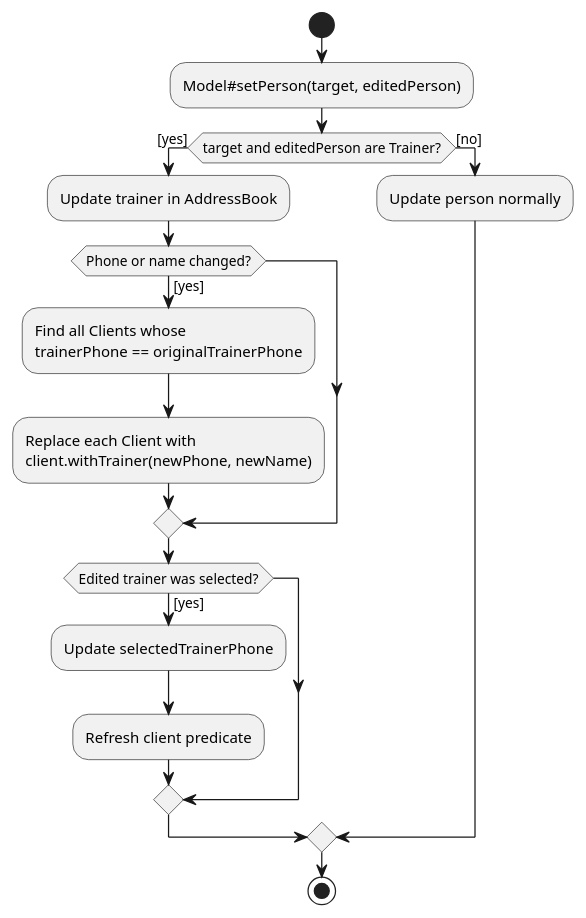
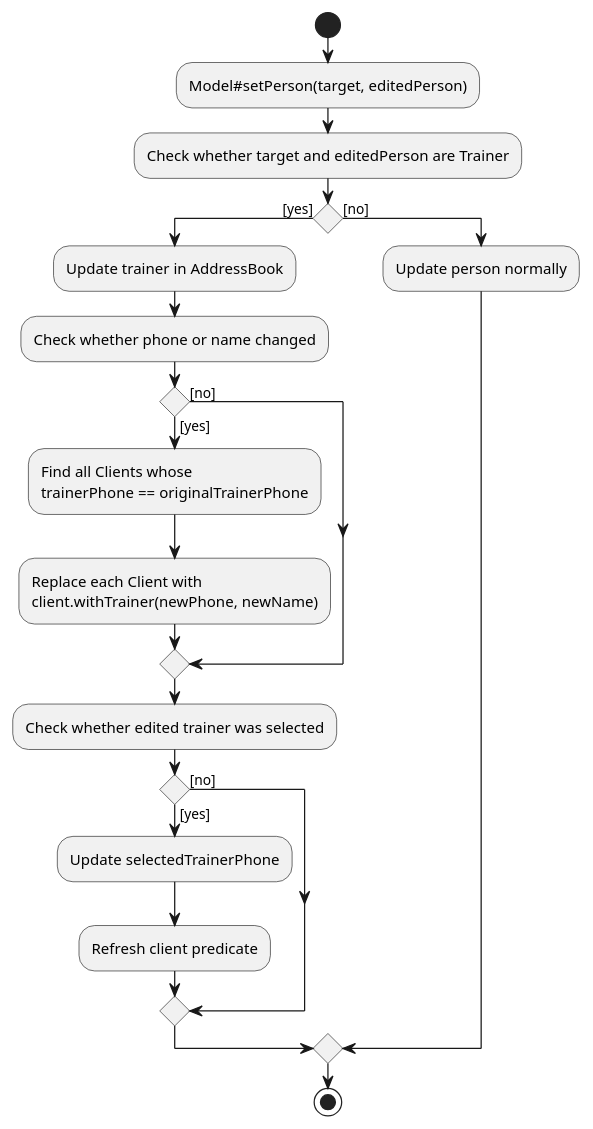
Before and after one commit to prithvibhardwaj/tp: the diagram in docs/diagrams/trainer/TrainerEditPropagationActivityDiagram.puml, drawn with PlantUML. The commit also changed 1 other file, not shown here.

Commit message:
Update UML diagram

```diff
--- a/docs/diagrams/trainer/TrainerEditPropagationActivityDiagram.puml
+++ b/docs/diagrams/trainer/TrainerEditPropagationActivityDiagram.puml
@@ -1,20 +1,28 @@
 @startuml
 start
 :Model#setPerson(target, editedPerson);
-if (target and editedPerson are Trainer?) then ([yes])
+
+:Check whether target and editedPerson are Trainer;
+if () then ([yes])
   :Update trainer in AddressBook;
-  if (Phone or name changed?) then ([yes])
+
+  :Check whether phone or name changed;
+  if () then ([yes])
     :Find all Clients whose
     trainerPhone == originalTrainerPhone;
     :Replace each Client with
     client.withTrainer(newPhone, newName);
+  else ([no])
   endif
-  if (Edited trainer was selected?) then ([yes])
+
+  :Check whether edited trainer was selected;
+  if () then ([yes])
     :Update selectedTrainerPhone;
     :Refresh client predicate;
+  else ([no])
   endif
 else ([no])
   :Update person normally;
 endif
 stop
 @enduml
```
